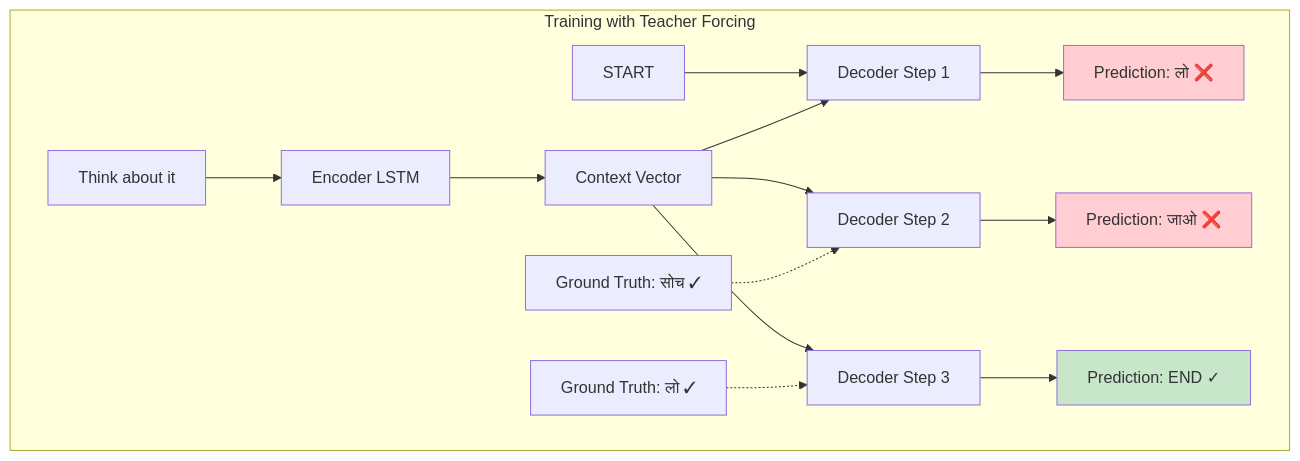
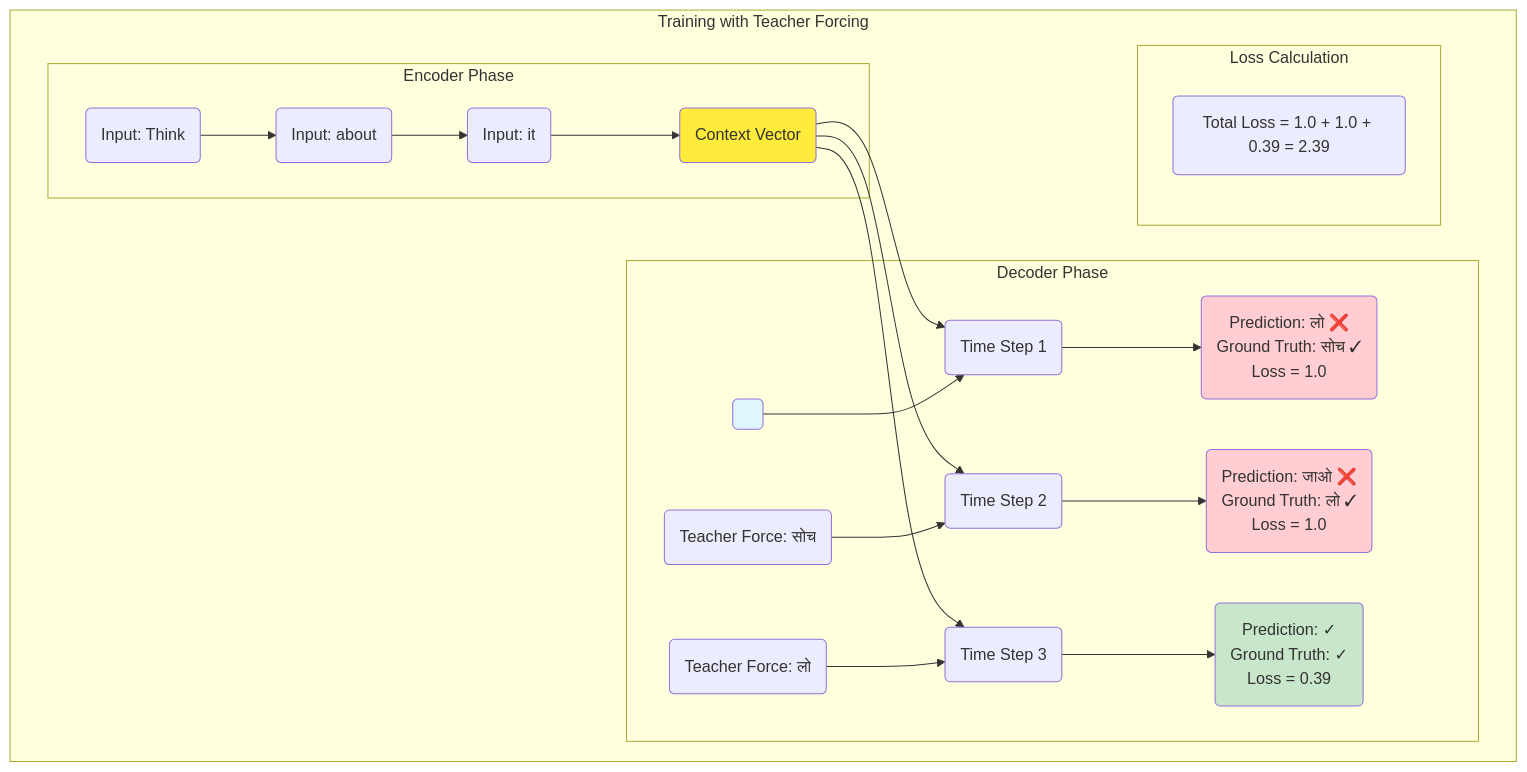
One commit to Sankhyesh/AI-Learning-Roadmap-2024 changed the tenth of 17 diagrams in CampusX/100-days-deep-learning/68-encoder-decoder-sequence-to-sequence-architecture.md. Above: the diagram before and after it, drawn with Mermaid. The commit also changed other lines of this file, not shown here.

Commit message:
feat: Enhance encoder-decoder architecture documentation with visualizations and detailed explanations of sequence-to-sequence challenges

````diff
--- a/CampusX/100-days-deep-learning/68-encoder-decoder-sequence-to-sequence-architecture.md
+++ b/CampusX/100-days-deep-learning/68-encoder-decoder-sequence-to-sequence-architecture.md
@@ -331,23 +427,33 @@
 ```mermaid
 flowchart TD
     subgraph "Training with Teacher Forcing"
-        I1["Think about it"] --> E1[Encoder LSTM]
-        E1 --> CV1[Context Vector]
+        subgraph "Encoder Phase"
+            E1("Input: Think") --> E2("Input: about") --> E3("Input: it")
+            E3 --> CV("Context Vector")
+        end
         
-        CV1 --> D1[Decoder Step 1]
-        START1[START] --> D1
-        D1 --> P1[Prediction: लो ❌]
-        GT1[Ground Truth: सोच ✓] -.-> D2[Decoder Step 2]
+        subgraph "Decoder Phase"
+            CV --> D1("Time Step 1")
+            START("<START>") --> D1
+            D1 --> P1("Prediction: लो ❌<br/>Ground Truth: सोच ✓<br/>Loss = 1.0")
+            
+            CV --> D2("Time Step 2")
+            GT1("Teacher Force: सोच") --> D2
+            D2 --> P2("Prediction: जाओ ❌<br/>Ground Truth: लो ✓<br/>Loss = 1.0")
+            
+            CV --> D3("Time Step 3")
+            GT2("Teacher Force: लो") --> D3
+            D3 --> P3("Prediction: <END> ✓<br/>Ground Truth: <END> ✓<br/>Loss = 0.39")
+        end
         
-        CV1 --> D2
-        D2 --> P2[Prediction: जाओ ❌]
-        GT2[Ground Truth: लो ✓] -.-> D3[Decoder Step 3]
-        
-        CV1 --> D3
-        D3 --> P3[Prediction: END ✓]
-        
-        style P1 fill:#ffcdd2
-        style P2 fill:#ffcdd2
-        style P3 fill:#c8e6c9
+        subgraph "Loss Calculation"
+            L1("Total Loss = 1.0 + 1.0 + 0.39 = 2.39")
+        end
     end
+    
+    style P1 fill:#ffcdd2
+    style P2 fill:#ffcdd2
+    style P3 fill:#c8e6c9
+    style CV fill:#ffeb3b
+    style START fill:#e1f5fe
 ```
````
